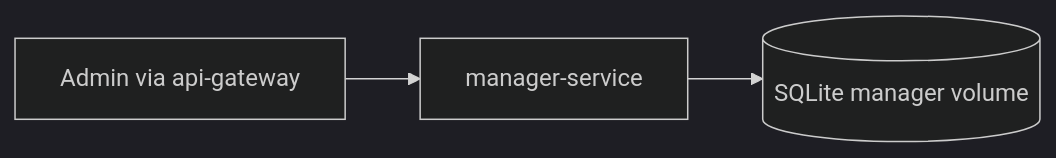
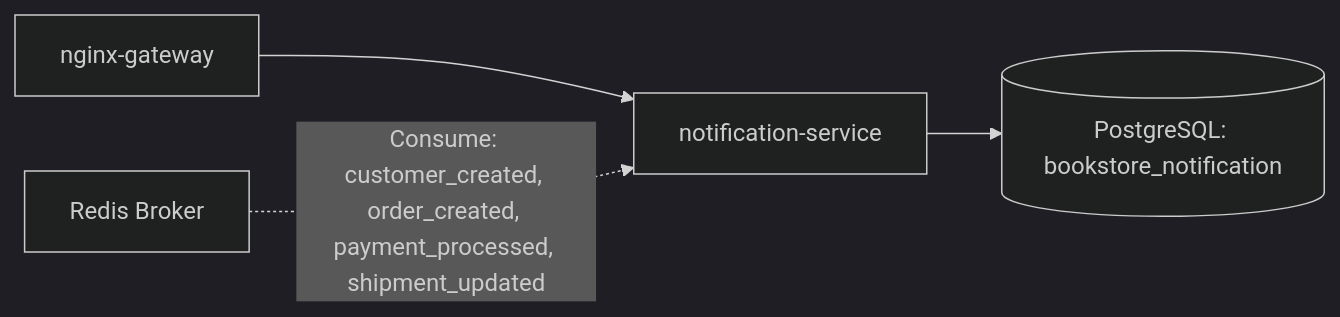
The tenth of 11 diagrams in bookstore-microservice/docs/architecture/architecture.md (lamlocan5/Software_Architecture_And_Design_PTIT), drawn with Mermaid (dark theme) before and after one commit. The commit also changed other lines of this file and 396 other files, not shown here.

````diff
--- a/bookstore-microservice/docs/architecture/architecture.md
+++ b/bookstore-microservice/docs/architecture/architecture.md
@@ -131,6 +181,7 @@
 ```mermaid
 flowchart LR
-  admin[Admin via api-gateway] --> manager[manager-service]
-  managerDb[(SQLite manager volume)]
-  manager --> managerDb
+  nginx[nginx-gateway] --> notiSvc[notification-service]
+  notiDb[(PostgreSQL: bookstore_notification)]
+  notiSvc --> notiDb
+  redis[Redis Broker] -. "Consume: customer_created, order_created, payment_processed, shipment_updated" .-> notiSvc
 ```
````
